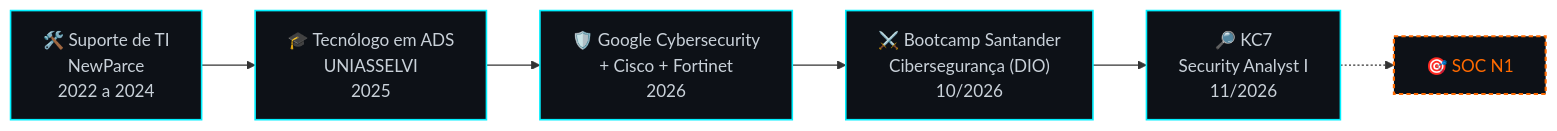
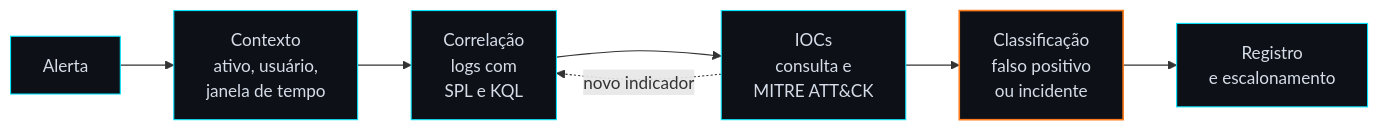
Before and after one commit to AhiPy/AhiPy: the diagram in README.md, drawn with Mermaid. The commit also changed other lines of this file, not shown here.

````diff
--- a/README.md
+++ b/README.md
@@ -121,13 +43,14 @@
 ```mermaid
 flowchart LR
-    A["🛠️ Suporte de TI<br/>NewParce<br/>2022 a 2024"] --> B["🎓 Tecnólogo em ADS<br/>UNIASSELVI<br/>2025"]
-    B --> C["🛡️ Google Cybersecurity<br/>+ Cisco + Fortinet<br/>2026"]
-    C --> D["⚔️ Bootcamp Santander<br/>Cibersegurança (DIO)<br/>10/2026"]
-    D --> E["🔎 KC7<br/>Security Analyst I<br/>11/2026"]
-    E -.-> F["🎯 SOC N1"]
+    A["Alerta"] --> B["Contexto<br/>ativo, usuário,<br/>janela de tempo"]
+    B --> C["Correlação<br/>logs com<br/>SPL e KQL"]
+    C --> D["IOCs<br/>consulta e<br/>MITRE ATT&CK"]
+    D --> E["Classificação<br/>falso positivo<br/>ou incidente"]
+    E --> F["Registro<br/>e escalonamento"]
+    D -. "novo indicador" .-> C
 
-    classDef done fill:#0d1117,stroke:#00f0ff,color:#c9d1d9,stroke-width:1.5px
-    classDef goal fill:#0d1117,stroke:#ff6a00,color:#ff6a00,stroke-width:2px,stroke-dasharray:4 3
-    class A,B,C,D,E done
-    class F goal
+    classDef step fill:#0d1117,stroke:#00e5ff,color:#d6dde8,stroke-width:1px
+    classDef decision fill:#0d1117,stroke:#ff7a1a,color:#d6dde8,stroke-width:1.5px
+    class A,B,C,D,F step
+    class E decision
 ```
````
